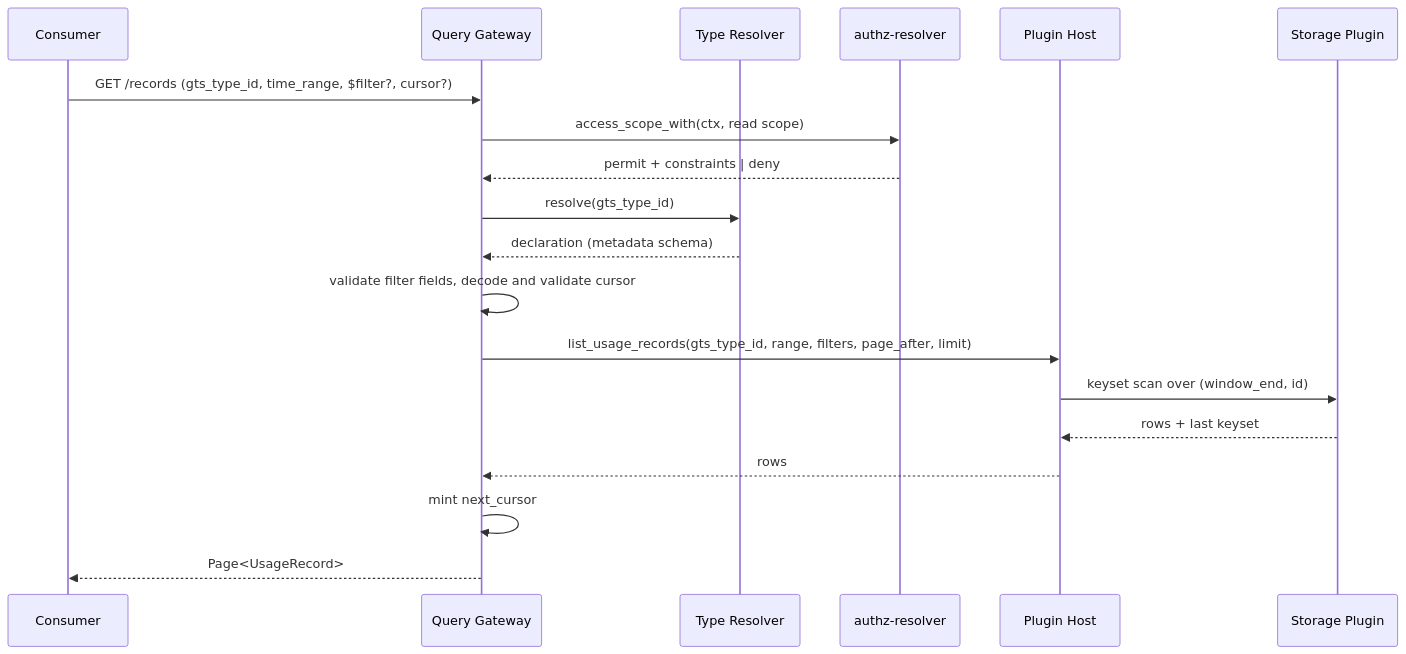
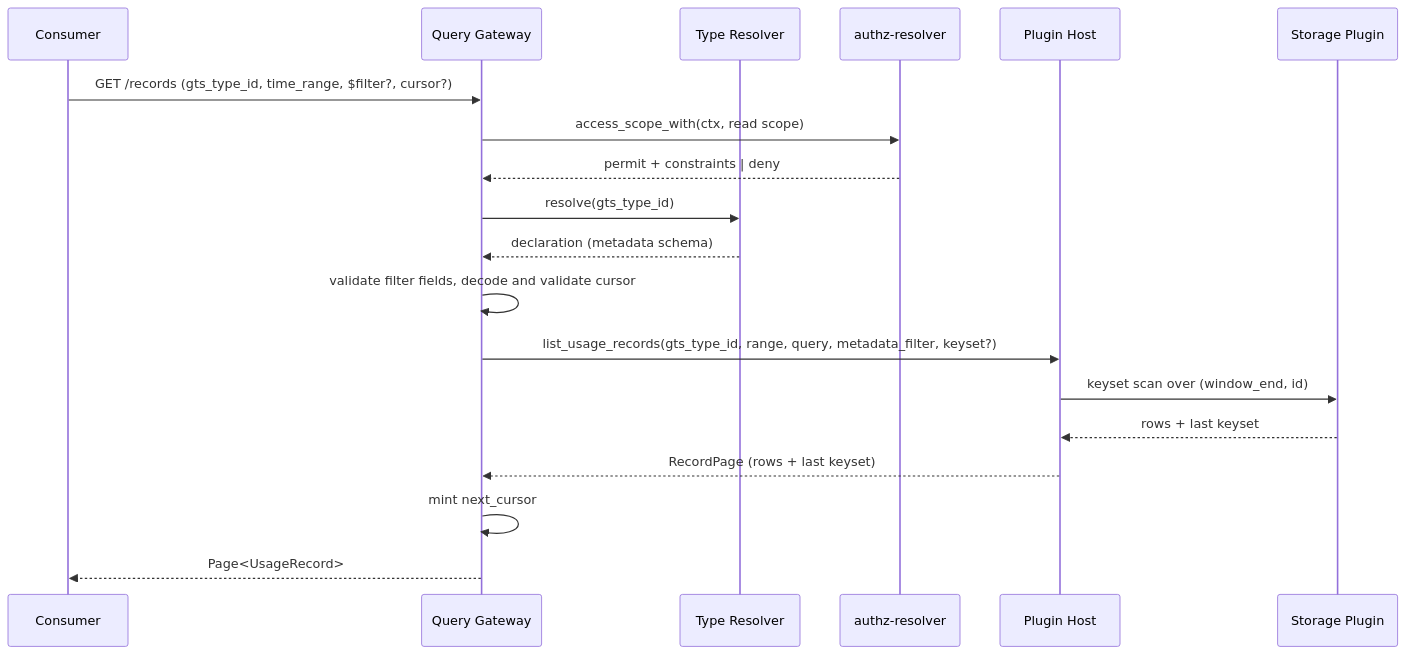
One commit to constructorfabric/gears-rust changed the sixth of 8 diagrams in gears/system/usage-collector/docs/DESIGN.md. Above: the diagram before and after it, drawn with Mermaid. The commit also changed other lines of this file and 39 other files, not shown here.

````diff
--- a/gears/system/usage-collector/docs/DESIGN.md
+++ b/gears/system/usage-collector/docs/DESIGN.md
@@ -1748,22 +1805,22 @@
 ```mermaid
 sequenceDiagram
     participant C as Consumer
     participant QG as Query Gateway
     participant TR as Type Resolver
     participant PDP as authz-resolver
     participant PH as Plugin Host
     participant P as Storage Plugin
 
     C->>QG: GET /records (gts_type_id, time_range, $filter?, cursor?)
     QG->>PDP: access_scope_with(ctx, read scope)
     PDP-->>QG: permit + constraints | deny
     QG->>TR: resolve(gts_type_id)
     TR-->>QG: declaration (metadata schema)
     QG->>QG: validate filter fields, decode and validate cursor
-    QG->>PH: list_usage_records(gts_type_id, range, filters, page_after, limit)
+    QG->>PH: list_usage_records(gts_type_id, range, query, metadata_filter, keyset?)
     PH->>P: keyset scan over (window_end, id)
     P-->>PH: rows + last keyset
-    PH-->>QG: rows
+    PH-->>QG: RecordPage (rows + last keyset)
     QG->>QG: mint next_cursor
     QG-->>C: Page<UsageRecord>
 ```
````
